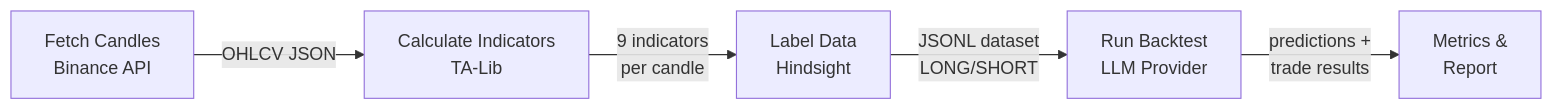
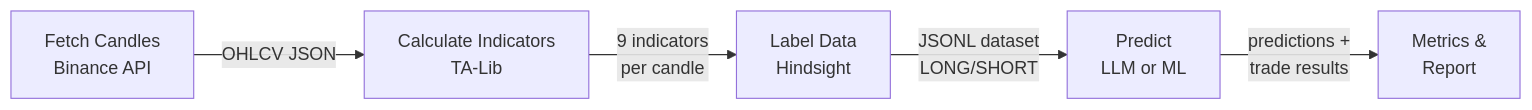
One commit to alejandrogonzalz/trading_management changed the diagram in langgraph/backtest/README.md. Above: the diagram before and after it, drawn with Mermaid. The commit also changed other lines of this file and 6 other files, not shown here.

````diff
--- a/langgraph/backtest/README.md
+++ b/langgraph/backtest/README.md
@@ -7,7 +10,7 @@
 ```mermaid
 graph LR
     A[Fetch Candles<br/>Binance API] -->|OHLCV JSON| B[Calculate Indicators<br/>TA-Lib]
     B -->|9 indicators<br/>per candle| C[Label Data<br/>Hindsight]
-    C -->|JSONL dataset<br/>LONG/SHORT| D[Run Backtest<br/>LLM Provider]
+    C -->|JSONL dataset<br/>LONG/SHORT| D[Predict<br/>LLM or ML]
     D -->|predictions +<br/>trade results| E[Metrics &<br/>Report]
 ```
````
